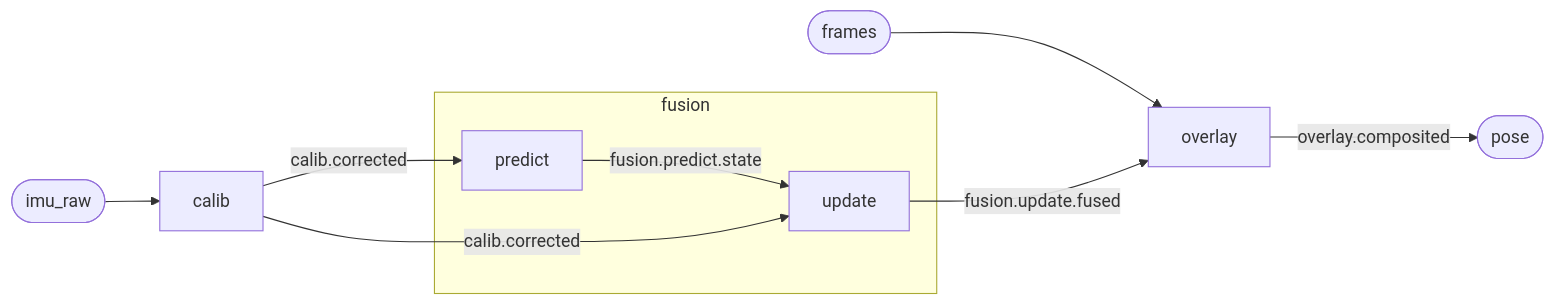
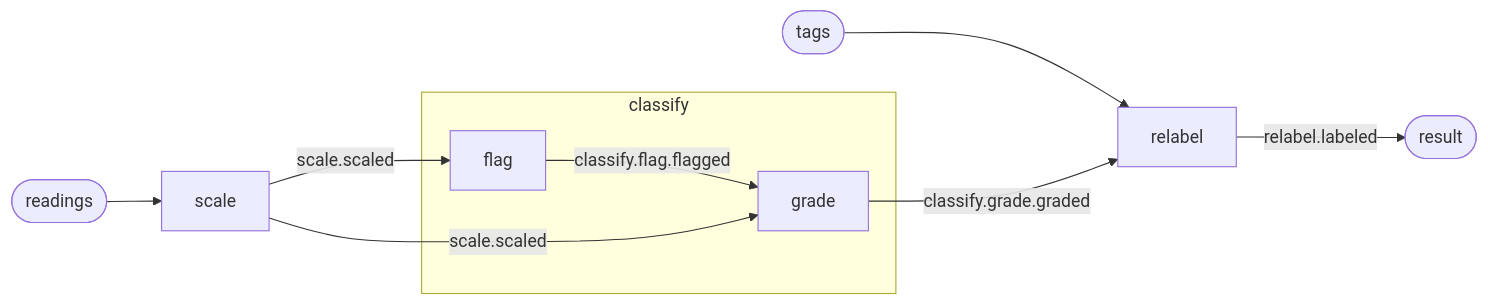
Before and after one commit to blasagna/scratchpad: the diagram in dfg/README.md, drawn with Mermaid. The commit also changed other lines of this file and 38 other files, not shown here.

````diff
--- a/dfg/README.md
+++ b/dfg/README.md
@@ -105,14 +106,14 @@
 ```mermaid
 flowchart LR
-  imu_raw([imu_raw]) --> calib
-  frames([frames]) --> overlay
+  readings([readings]) --> scale
+  tags([tags]) --> relabel
 
-  subgraph fusion
-    predict -- "fusion.predict.state" --> update
+  subgraph classify
+    flag -- "classify.flag.flagged" --> grade
   end
 
-  calib -- "calib.corrected" --> predict
-  calib -- "calib.corrected" --> update
-  update -- "fusion.update.fused" --> overlay
-  overlay -- "overlay.composited" --> pose([pose])
+  scale -- "scale.scaled" --> flag
+  scale -- "scale.scaled" --> grade
+  grade -- "classify.grade.graded" --> relabel
+  relabel -- "relabel.labeled" --> result([result])
 ```
````
